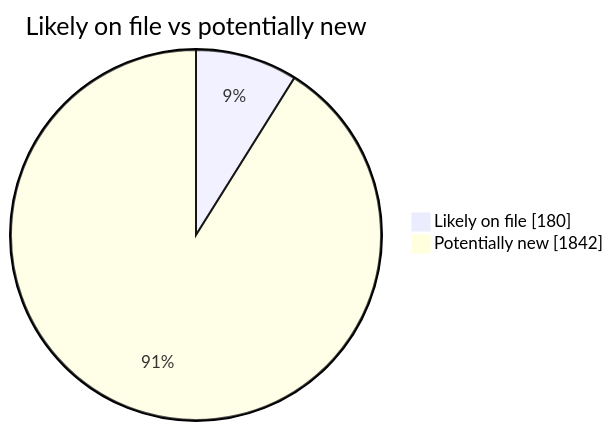
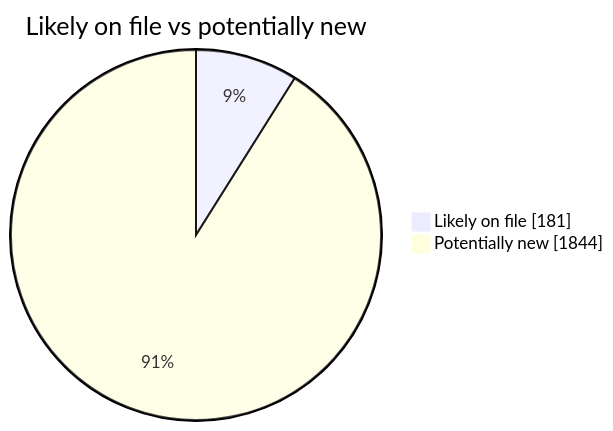
The second of 4 diagrams in README.md (martinbalfanz/social-scanner-reports), drawn with Mermaid before and after one commit. The commit also changed other lines of this file and 4 other files, not shown here.

````diff
--- a/README.md
+++ b/README.md
@@ -40,5 +40,5 @@
 ```mermaid
 pie showData title Likely on file vs potentially new
-    "Likely on file" : 180
-    "Potentially new" : 1842
+    "Likely on file" : 181
+    "Potentially new" : 1844
 ```
````
